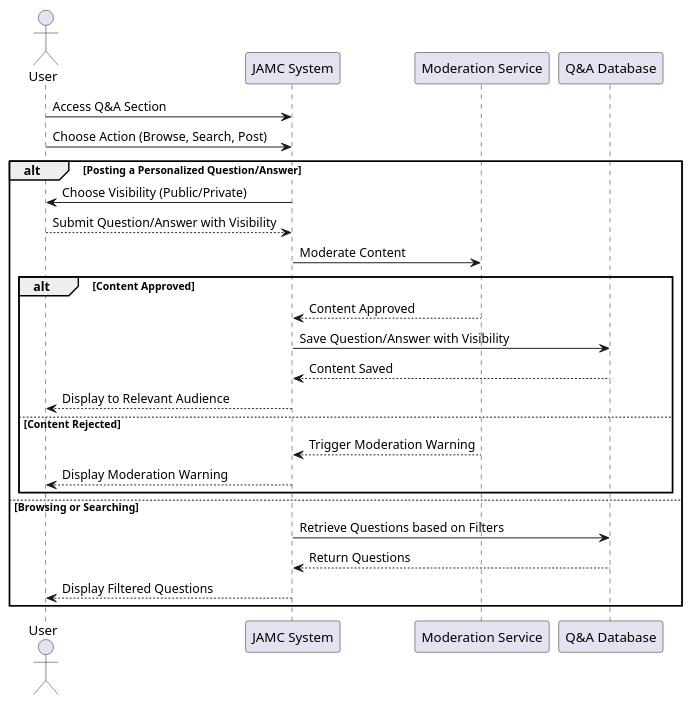
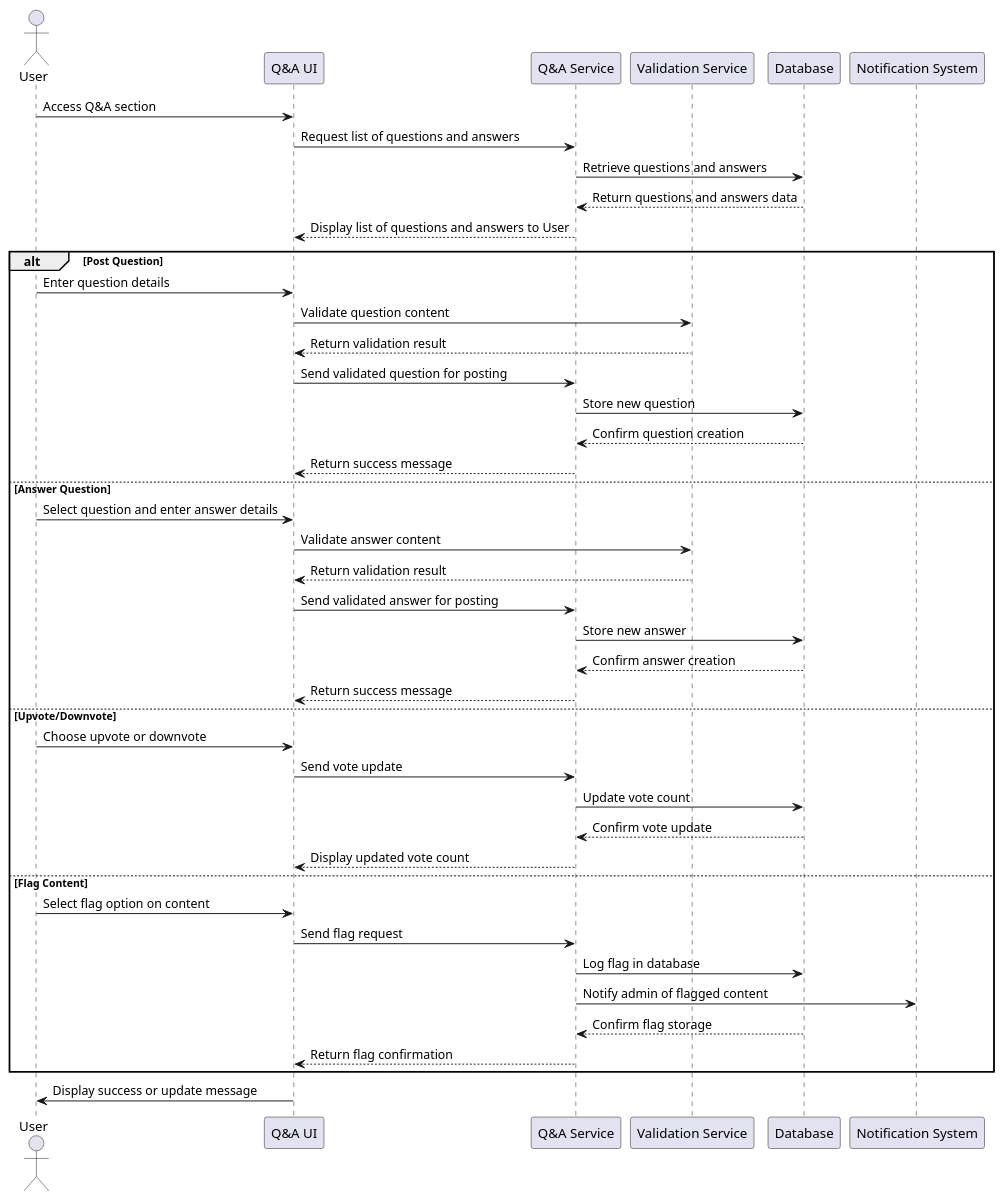
One commit to giolynx104/jamc-docs changed the diagram in docs/srs/diagrams/qa-participiation-sequence-diagram.puml. Above: the diagram before and after it, drawn with PlantUML. The commit also changed 35 other files, not shown here.

First line of the commit message:
Update diagrams in SRS

```diff
--- a/docs/srs/diagrams/qa-participiation-sequence-diagram.puml
+++ b/docs/srs/diagrams/qa-participiation-sequence-diagram.puml
@@ -1,27 +1,48 @@
-@startuml
+@startuml qa-participation-sequence-diagram
+
 actor User
-participant "JAMC System" as System
-participant "Moderation Service" as Moderator
-participant "Q&A Database" as DB
+participant "Q&A UI" as QandAUI
+participant "Q&A Service" as QandAService
+participant "Validation Service" as ValidationService
+participant "Database" as DB
+participant "Notification System" as NotificationService
 
-User -> System: Access Q&A Section
-User -> System: Choose Action (Browse, Search, Post)
-alt Posting a Personalized Question/Answer
-    System -> User: Choose Visibility (Public/Private)
-    User --> System: Submit Question/Answer with Visibility
-    System -> Moderator: Moderate Content
-    alt Content Approved
-        Moderator --> System: Content Approved
-        System -> DB: Save Question/Answer with Visibility
-        DB --> System: Content Saved
-        System --> User: Display to Relevant Audience
-    else Content Rejected
-        Moderator --> System: Trigger Moderation Warning
-        System --> User: Display Moderation Warning
-    end
-else Browsing or Searching
-    System -> DB: Retrieve Questions based on Filters
-    DB --> System: Return Questions
-    System --> User: Display Filtered Questions
+User -> QandAUI: Access Q&A section
+QandAUI -> QandAService: Request list of questions and answers
+QandAService -> DB: Retrieve questions and answers
+DB --> QandAService: Return questions and answers data
+QandAService --> QandAUI: Display list of questions and answers to User
+
+alt Post Question
+    User -> QandAUI: Enter question details
+    QandAUI -> ValidationService: Validate question content
+    ValidationService --> QandAUI: Return validation result
+    QandAUI -> QandAService: Send validated question for posting
+    QandAService -> DB: Store new question
+    DB --> QandAService: Confirm question creation
+    QandAService --> QandAUI: Return success message
+else Answer Question
+    User -> QandAUI: Select question and enter answer details
+    QandAUI -> ValidationService: Validate answer content
+    ValidationService --> QandAUI: Return validation result
+    QandAUI -> QandAService: Send validated answer for posting
+    QandAService -> DB: Store new answer
+    DB --> QandAService: Confirm answer creation
+    QandAService --> QandAUI: Return success message
+else Upvote/Downvote
+    User -> QandAUI: Choose upvote or downvote
+    QandAUI -> QandAService: Send vote update
+    QandAService -> DB: Update vote count
+    DB --> QandAService: Confirm vote update
+    QandAService --> QandAUI: Display updated vote count
+else Flag Content
+    User -> QandAUI: Select flag option on content
+    QandAUI -> QandAService: Send flag request
+    QandAService -> DB: Log flag in database
+    QandAService -> NotificationService: Notify admin of flagged content
+    DB --> QandAService: Confirm flag storage
+    QandAService --> QandAUI: Return flag confirmation
 end
+
+QandAUI -> User: Display success or update message
 @enduml
```
